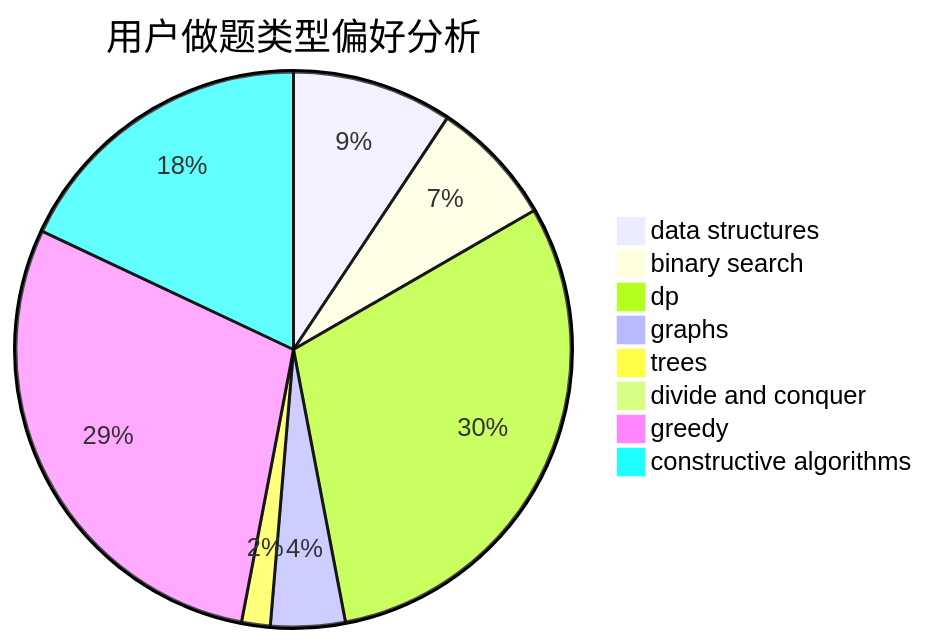
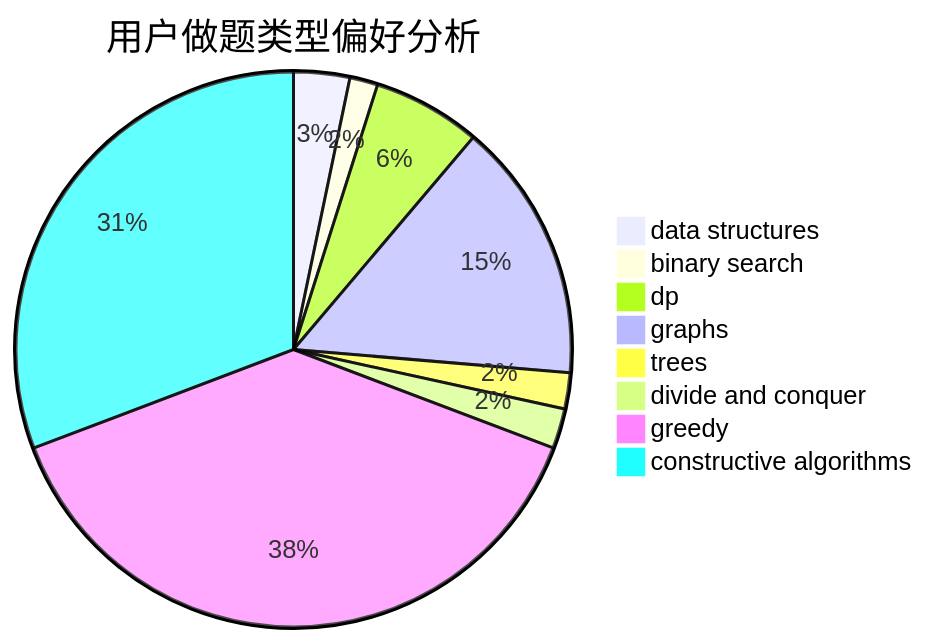
Before and after one commit to sherpahu/cfrs.github.io: the second of 3 diagrams in docs/user/u2062.md, drawn with Mermaid. The commit also changed other lines of this file and 2770 other files, not shown here.

````diff
--- a/docs/user/u2062.md
+++ b/docs/user/u2062.md
@@ -23,11 +23,11 @@
 ```mermaid
 pie title 用户做题类型偏好分析
-    "data structures" :  28
-    "binary search" :  22
-    "dp" :  91
-    "graphs" :  13
-    "trees" :  5
-    "divide and conquer" :  0
-    "greedy" :  87
-    "constructive algorithms" :  54
+    "data structures" :  14
+    "binary search" :  7
+    "dp" :  27
+    "graphs" :  65
+    "trees" :  9
+    "divide and conquer" :  10
+    "greedy" :  165
+    "constructive algorithms" :  132
 ```
````
